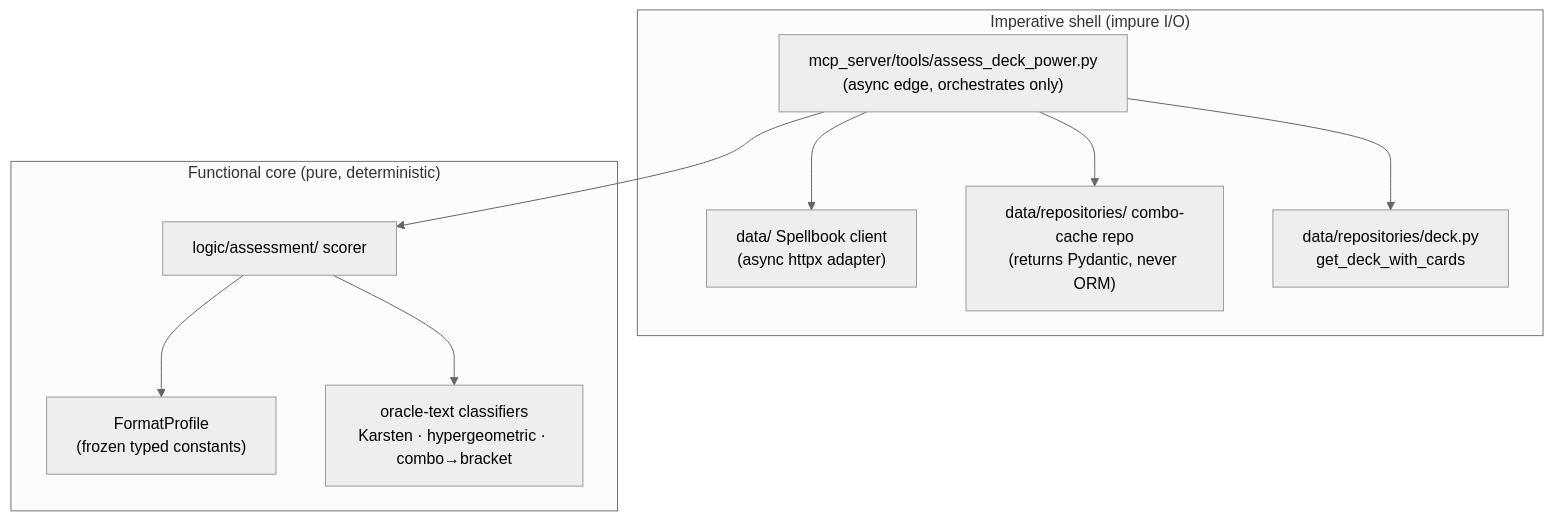
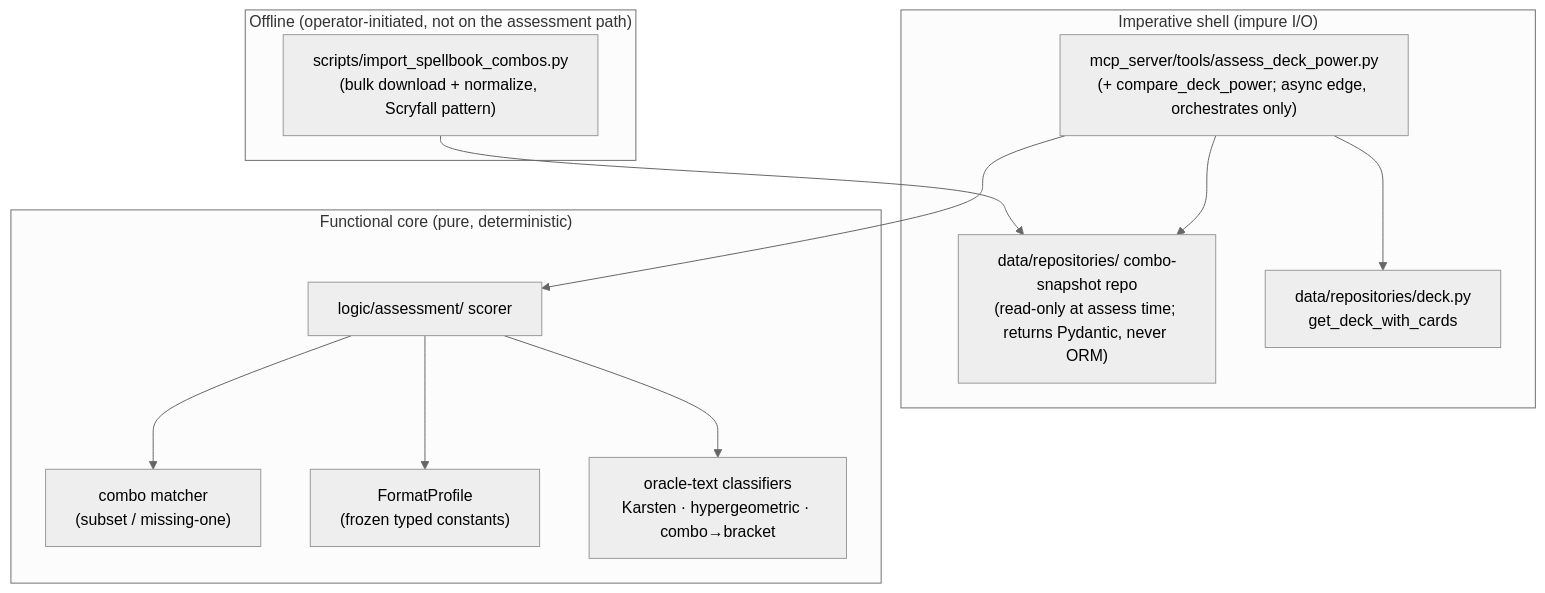
One commit to Sathias23/Artificial-Planeswalker changed the first of 2 diagrams in _bmad-output/planning-artifacts/architecture/architecture-Artificial-Planeswalker-2026-07-11/ARCHITECTURE-SPINE.md. Above: the diagram before and after it, drawn with Mermaid (neutral theme). The commit also changed other lines of this file and 6 other files, not shown here.

First line of the commit message:
docs: correct course — bulk combo snapshot, commander identity, output-shape fixes

````diff
--- a/_bmad-output/planning-artifacts/architecture/architecture-Artificial-Planeswalker-2026-07-11/ARCHITECTURE-SPINE.md
+++ b/_bmad-output/planning-artifacts/architecture/architecture-Artificial-Planeswalker-2026-07-11/ARCHITECTURE-SPINE.md
@@ -41,21 +43,25 @@
 ```mermaid
 graph TD
+  subgraph offline["Offline (operator-initiated, not on the assessment path)"]
+    importer["scripts/import_spellbook_combos.py<br/>(bulk download + normalize, Scryfall pattern)"]
+  end
   subgraph shell["Imperative shell (impure I/O)"]
-    tool["mcp_server/tools/assess_deck_power.py<br/>(async edge, orchestrates only)"]
-    sb["data/ Spellbook client<br/>(async httpx adapter)"]
-    cache["data/repositories/ combo-cache repo<br/>(returns Pydantic, never ORM)"]
+    tool["mcp_server/tools/assess_deck_power.py<br/>(+ compare_deck_power; async edge, orchestrates only)"]
+    combos["data/repositories/ combo-snapshot repo<br/>(read-only at assess time; returns Pydantic, never ORM)"]
     deckrepo["data/repositories/deck.py<br/>get_deck_with_cards"]
   end
   subgraph core["Functional core (pure, deterministic)"]
     scorer["logic/assessment/ scorer"]
+    matcher["combo matcher<br/>(subset / missing-one)"]
     profile["FormatProfile<br/>(frozen typed constants)"]
     classifiers["oracle-text classifiers<br/>Karsten · hypergeometric · combo→bracket"]
   end
+  importer --> combos
   tool --> deckrepo
-  tool --> sb
-  tool --> cache
+  tool --> combos
   tool --> scorer
+  scorer --> matcher
   scorer --> profile
   scorer --> classifiers
   %% core NEVER points back into shell
 ```
````
